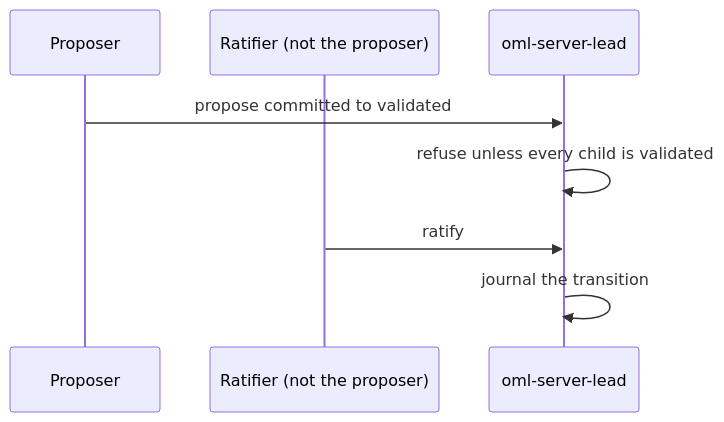
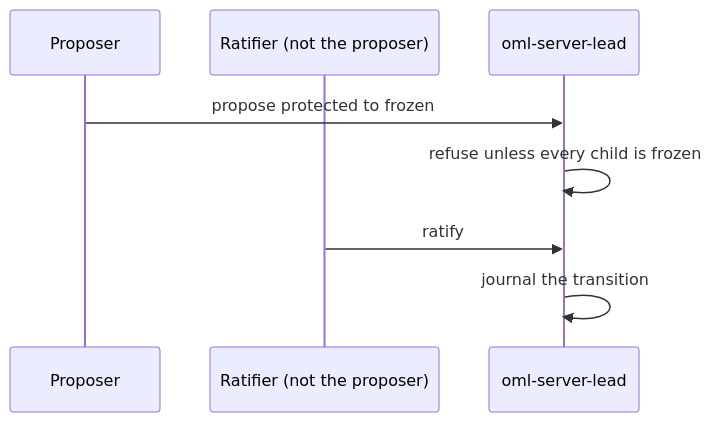
The fifth of 5 diagrams in docs/architecture/overview.md (e8kor/open-memory-lab), drawn with Mermaid before and after one commit. The commit also changed other lines of this file and 178 other files, not shown here.

First line of the commit message:
docs: the docs and the design say workspace, reviewer, protected, frozen and used_by (ADR-0091 d1, d13, d14, d15)

````diff
--- a/docs/architecture/overview.md
+++ b/docs/architecture/overview.md
@@ -116,10 +116,10 @@
 ```mermaid
 sequenceDiagram
     participant P1 as Proposer
     participant P2 as Ratifier (not the proposer)
     participant S as oml-server-lead
-    P1->>S: propose committed to validated
-    S->>S: refuse unless every child is validated
+    P1->>S: propose protected to frozen
+    S->>S: refuse unless every child is frozen
     P2->>S: ratify
     S->>S: journal the transition
 ```
````
